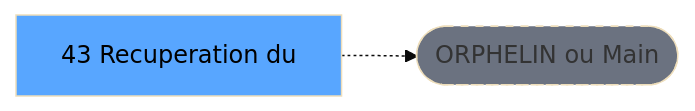
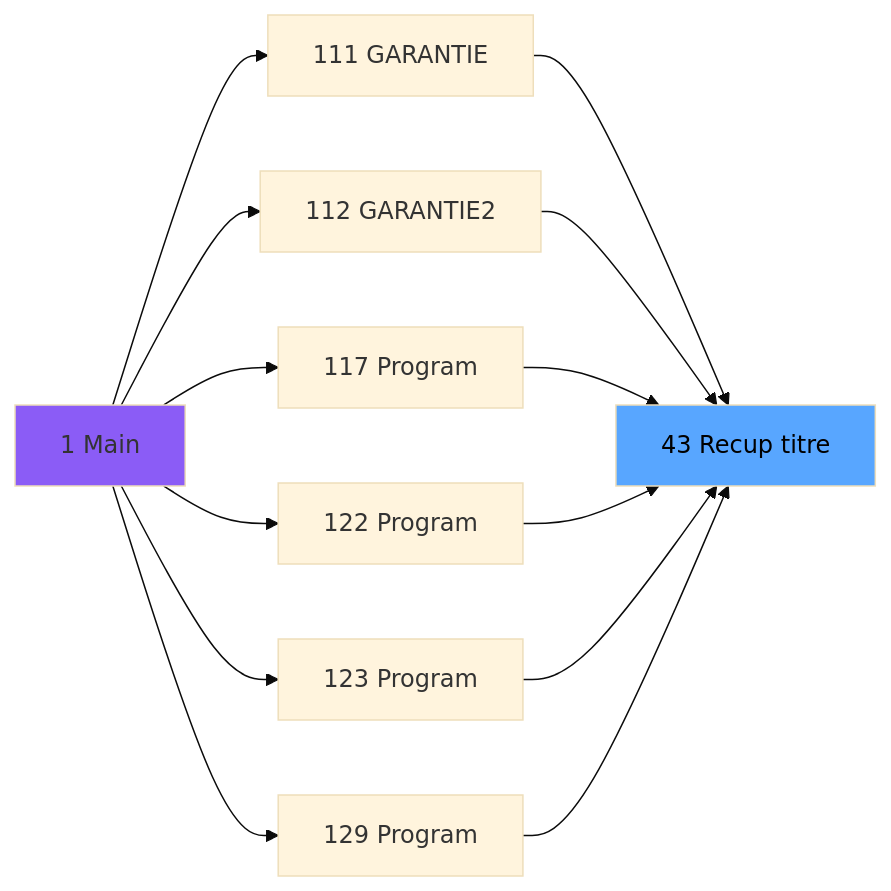
One commit to thonyAGP/magic-migration changed the second of 3 diagrams in .openspec/specs/ADH-IDE-43.md. Above: the diagram before and after it, drawn with Mermaid (base theme). The commit also changed other lines of this file and 179 other files, not shown here.

````diff
--- a/.openspec/specs/ADH-IDE-43.md
+++ b/.openspec/specs/ADH-IDE-43.md
@@ -117,8 +162,19 @@
 ```mermaid
 graph LR
-    T[43 Recuperation du]
-    ORPHAN([ORPHELIN ou Main])
-    T -.-> ORPHAN
+    M[1 Main]
+    M111[111 GARANTIE]
+    M112[112 GARANTIE2]
+    M117[117 Program]
+    M122[122 Program]
+    M123[123 Program]
+    M129[129 Program]
+    T[43 Recup titre]
+    M --> M111 --> T
+    M --> M112 --> T
+    M --> M117 --> T
+    M --> M122 --> T
+    M --> M123 --> T
+    M --> M129 --> T
     style T fill:#58a6ff,color:#000
-    style ORPHAN fill:#6b7280,stroke-dasharray: 5 5
+    style M fill:#8b5cf6
 ```
````
